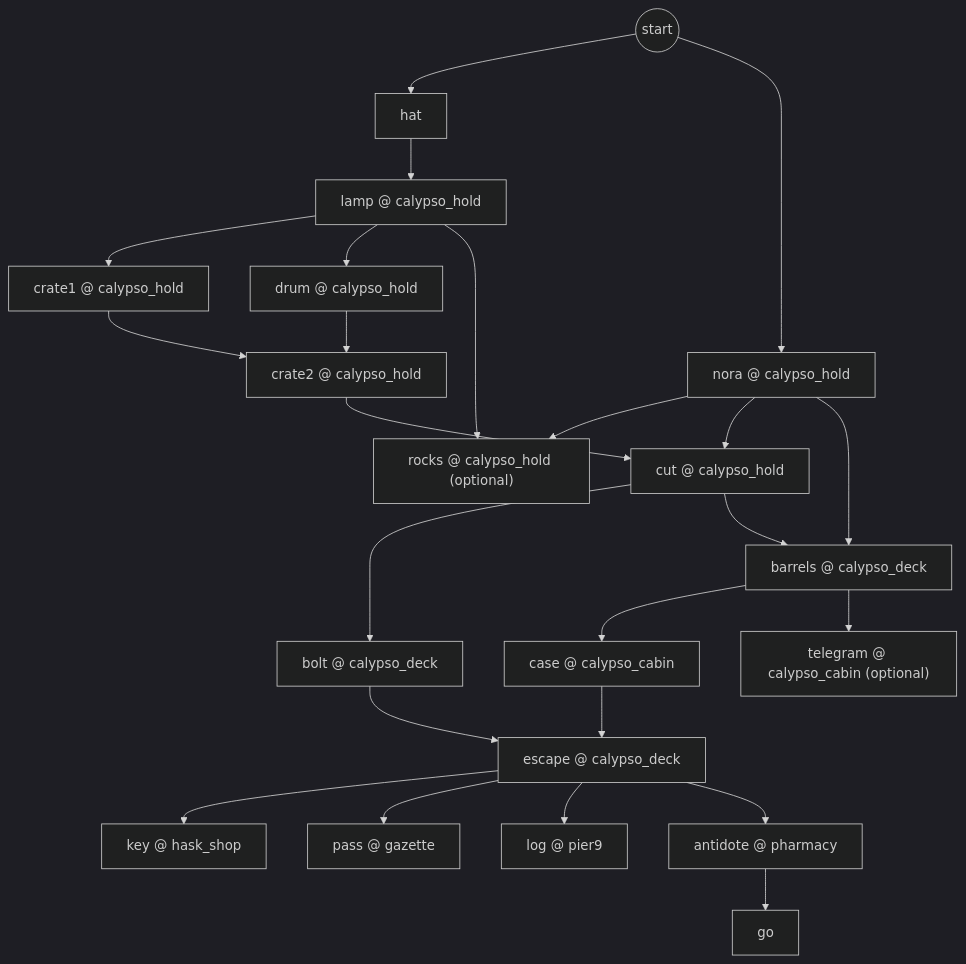
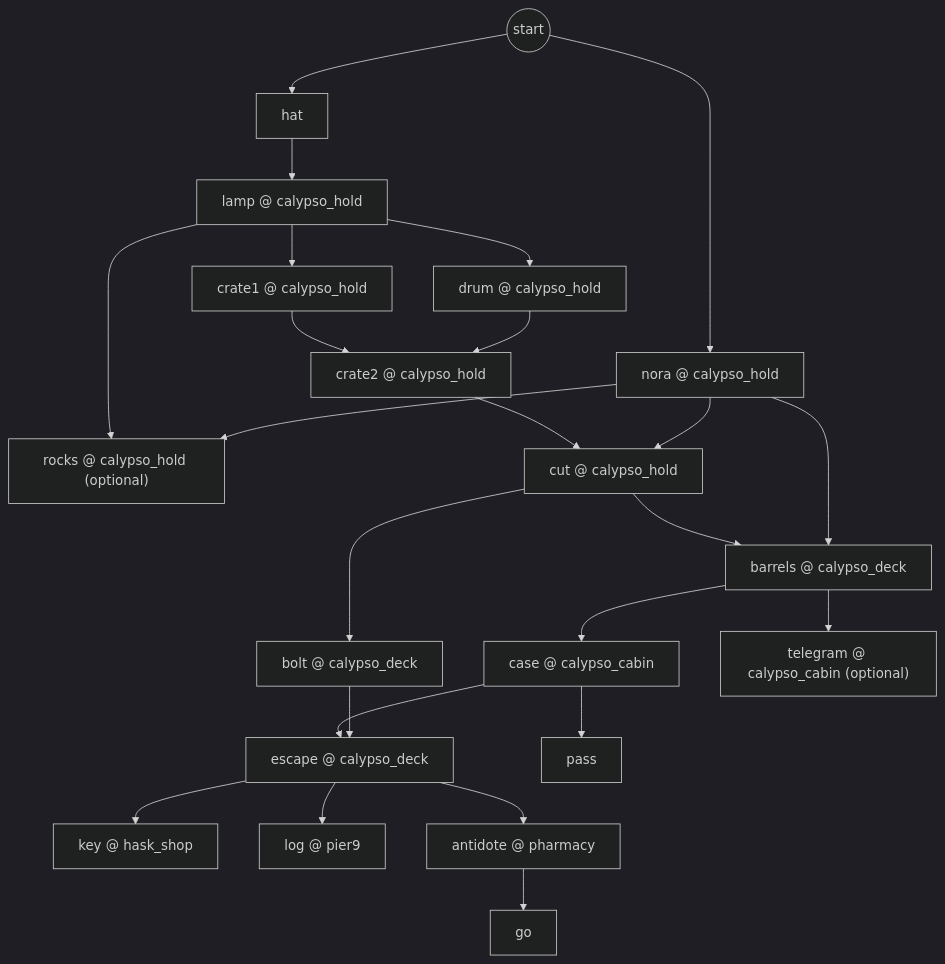
The seventh of 8 diagrams in nightlatch/docs/PUZZLE_GRAPH.md (GasPhil1968/kolo-srece), drawn with Mermaid (dark theme) before and after one commit. The commit also changed other lines of this file and 14 other files, not shown here.

````diff
--- a/nightlatch/docs/PUZZLE_GRAPH.md
+++ b/nightlatch/docs/PUZZLE_GRAPH.md
@@ -467,45 +467,45 @@
 ```mermaid
 flowchart TD
   start7((start))
   c7_hat["hat"]
   c7_lamp["lamp @ calypso_hold"]
   c7_nora["nora @ calypso_hold"]
   c7_crate1["crate1 @ calypso_hold"]
   c7_drum["drum @ calypso_hold"]
   c7_crate2["crate2 @ calypso_hold"]
   c7_rocks["rocks @ calypso_hold (optional)"]
   c7_cut["cut @ calypso_hold"]
   c7_bolt["bolt @ calypso_deck"]
   c7_barrels["barrels @ calypso_deck"]
   c7_case["case @ calypso_cabin"]
   c7_telegram["telegram @ calypso_cabin (optional)"]
   c7_escape["escape @ calypso_deck"]
   c7_key["key @ hask_shop"]
-  c7_pass["pass @ gazette"]
+  c7_pass["pass"]
   c7_log["log @ pier9"]
   c7_antidote["antidote @ pharmacy"]
   c7_go["go"]
   start7 --> c7_hat
   c7_hat --> c7_lamp
   start7 --> c7_nora
   c7_lamp --> c7_crate1
   c7_lamp --> c7_drum
   c7_crate1 --> c7_crate2
   c7_drum --> c7_crate2
   c7_lamp --> c7_rocks
   c7_nora --> c7_rocks
   c7_crate2 --> c7_cut
   c7_nora --> c7_cut
   c7_cut --> c7_bolt
   c7_cut --> c7_barrels
   c7_nora --> c7_barrels
   c7_barrels --> c7_case
   c7_barrels --> c7_telegram
   c7_case --> c7_escape
   c7_bolt --> c7_escape
   c7_escape --> c7_key
-  c7_escape --> c7_pass
+  c7_case --> c7_pass
   c7_escape --> c7_log
   c7_escape --> c7_antidote
   c7_antidote --> c7_go
 ```
````
